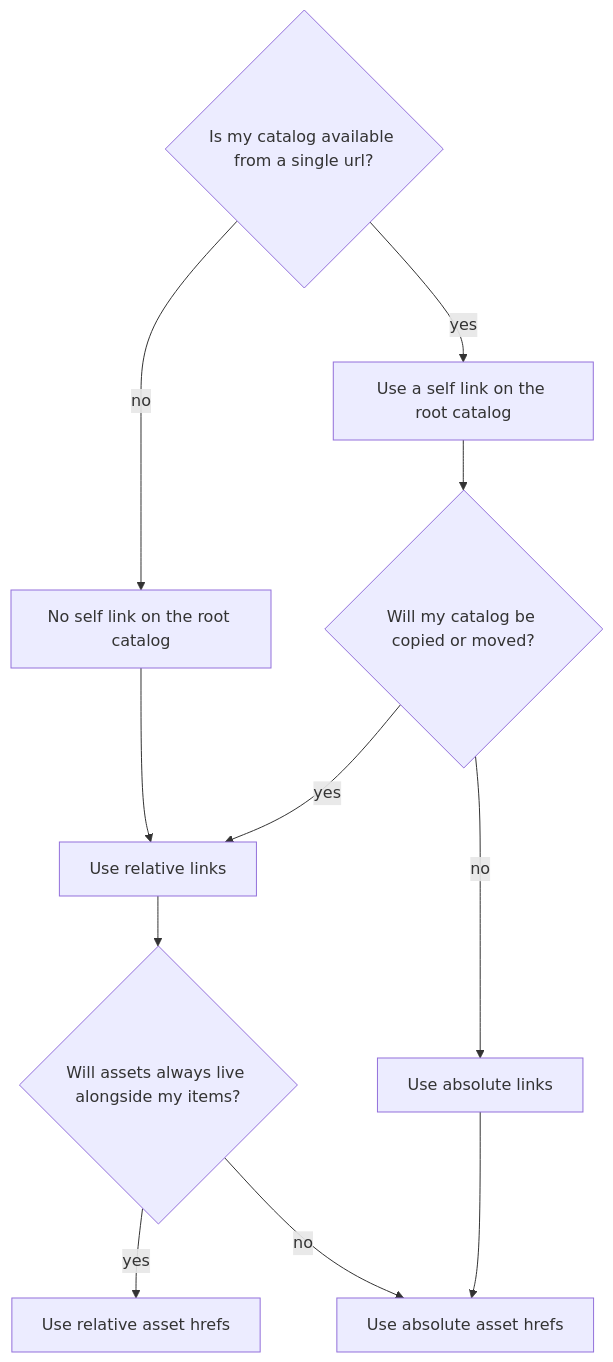
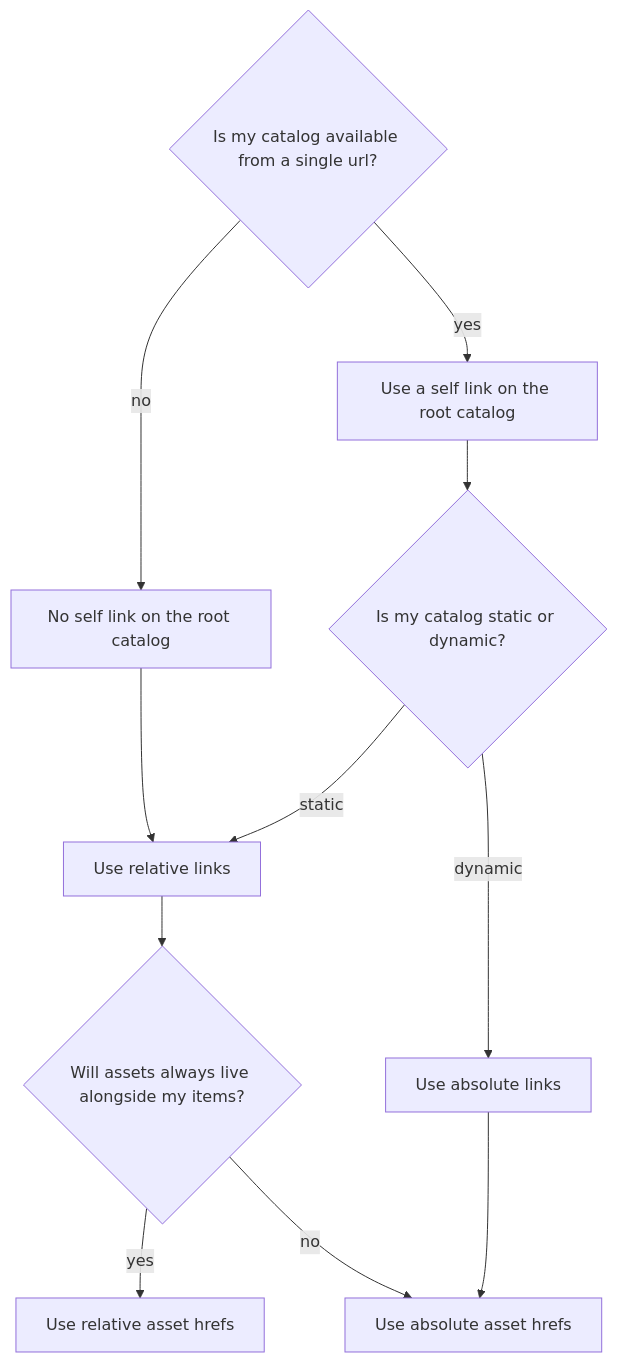
Before and after one commit to radiantearth/stac-best-practices: the diagram in best-practices-catalog-and-collection.md, drawn with Mermaid. The commit also changed other lines of this file, not shown here.

````diff
--- a/best-practices-catalog-and-collection.md
+++ b/best-practices-catalog-and-collection.md
@@ -233,23 +226,23 @@
 ```mermaid
 graph TD
     a["Is my catalog available from a single url?"]@{ shape: decision }
     b["Use a self link on the root catalog"]
     c["No self link on the root catalog"]
     d["Use relative links"]
     e["Use absolute links"]
     f["Use relative asset hrefs"]
     g["Use absolute asset hrefs"]
-    h["Will my catalog be copied or moved?"]@{ shape: decision }
+    h["Is my catalog static or dynamic?"]@{ shape: decision }
     i["Will assets always live alongside my items?"]@{ shape: decision }
 
     a -- yes --> b
     a -- no --> c
     c --> d
     b --> h
-    h -- yes --> d
-    h -- no --> e
+    h -- static --> d
+    h -- dynamic --> e
     d --> i
     i -- yes --> f
     i -- no --> g
     e --> g
 ```
````
